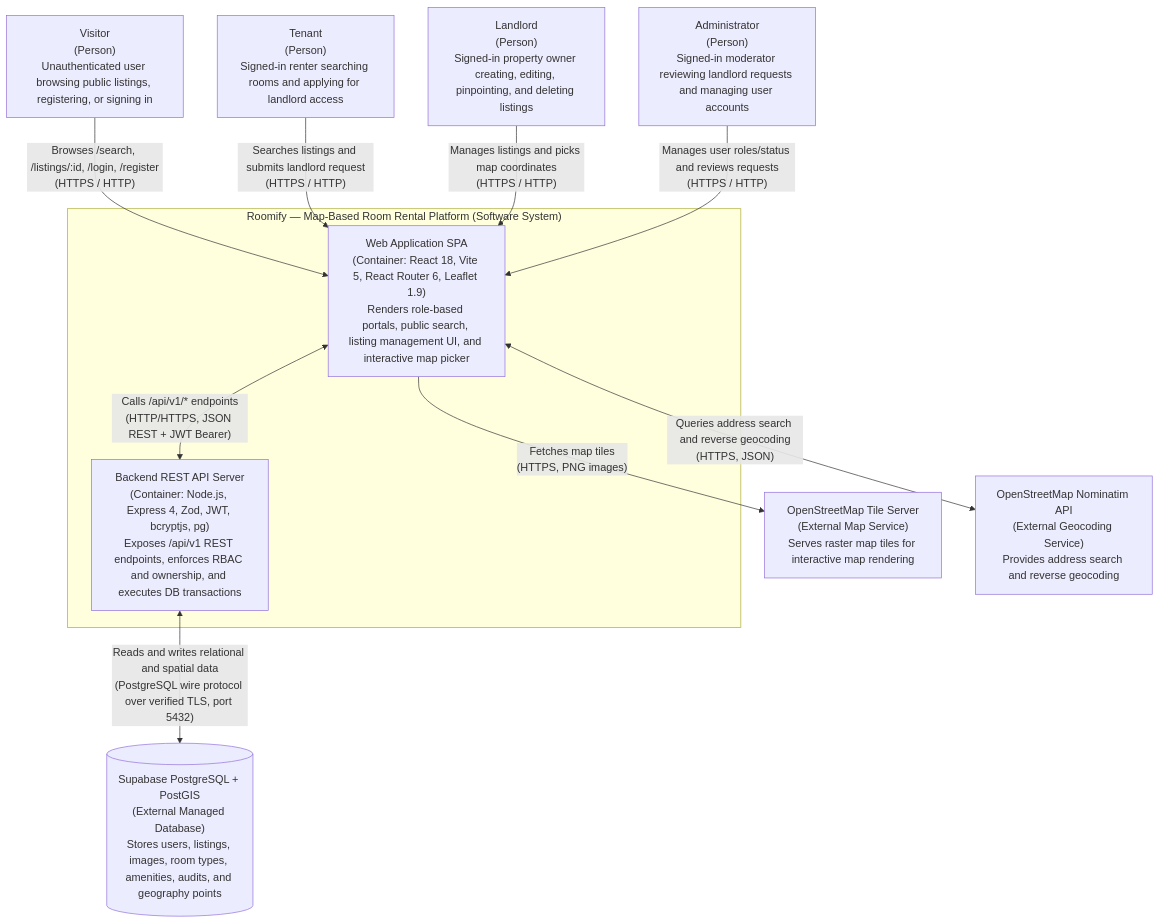
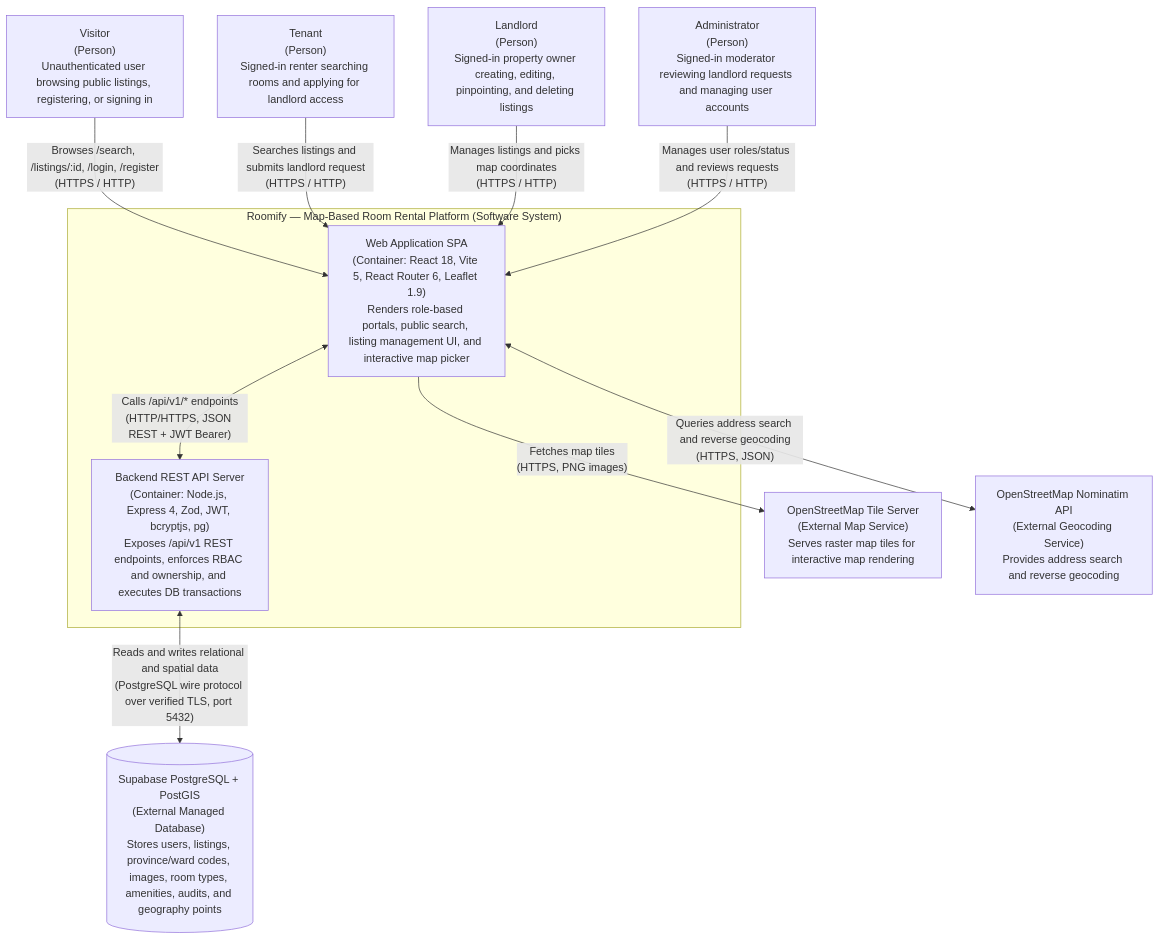
Before and after one commit to hiedan/Roomify: the second of 5 diagrams in docs/analysis-and-design/Architecture.md, drawn with Mermaid. The commit also changed other lines of this file and 14 other files, not shown here.

````diff
--- a/docs/analysis-and-design/Architecture.md
+++ b/docs/analysis-and-design/Architecture.md
@@ -100,26 +101,26 @@
 ```mermaid
 flowchart TB
     Visitor["Visitor<br/>(Person)<br/>Unauthenticated user browsing public listings, registering, or signing in"]
     Tenant["Tenant<br/>(Person)<br/>Signed-in renter searching rooms and applying for landlord access"]
     Landlord["Landlord<br/>(Person)<br/>Signed-in property owner creating, editing, pinpointing, and deleting listings"]
     Admin["Administrator<br/>(Person)<br/>Signed-in moderator reviewing landlord requests and managing user accounts"]
 
     subgraph Roomify["Roomify — Map-Based Room Rental Platform (Software System)"]
         WebApp["Web Application SPA<br/>(Container: React 18, Vite 5, React Router 6, Leaflet 1.9)<br/>Renders role-based portals, public search, listing management UI, and interactive map picker"]
         ApiServer["Backend REST API Server<br/>(Container: Node.js, Express 4, Zod, JWT, bcryptjs, pg)<br/>Exposes /api/v1 REST endpoints, enforces RBAC and ownership, and executes DB transactions"]
     end
 
-    SupabaseDB[("Supabase PostgreSQL + PostGIS<br/>(External Managed Database)<br/>Stores users, listings, images, room types, amenities, audits, and geography points")]
+    SupabaseDB[("Supabase PostgreSQL + PostGIS<br/>(External Managed Database)<br/>Stores users, listings, province/ward codes, images, room types, amenities, audits, and geography points")]
     OsmTiles["OpenStreetMap Tile Server<br/>(External Map Service)<br/>Serves raster map tiles for interactive map rendering"]
     NominatimApi["OpenStreetMap Nominatim API<br/>(External Geocoding Service)<br/>Provides address search and reverse geocoding"]
 
     Visitor -->|"Browses /search, /listings/:id, /login, /register<br/>(HTTPS / HTTP)"| WebApp
     Tenant -->|"Searches listings and submits landlord request<br/>(HTTPS / HTTP)"| WebApp
     Landlord -->|"Manages listings and picks map coordinates<br/>(HTTPS / HTTP)"| WebApp
     Admin -->|"Manages user roles/status and reviews requests<br/>(HTTPS / HTTP)"| WebApp
 
     WebApp <-->|"Calls /api/v1/* endpoints<br/>(HTTP/HTTPS, JSON REST + JWT Bearer)"| ApiServer
     WebApp -->|"Fetches map tiles<br/>(HTTPS, PNG images)"| OsmTiles
     WebApp <-->|"Queries address search and reverse geocoding<br/>(HTTPS, JSON)"| NominatimApi
     ApiServer <-->|"Reads and writes relational and spatial data<br/>(PostgreSQL wire protocol over verified TLS, port 5432)"| SupabaseDB
 ```
````
